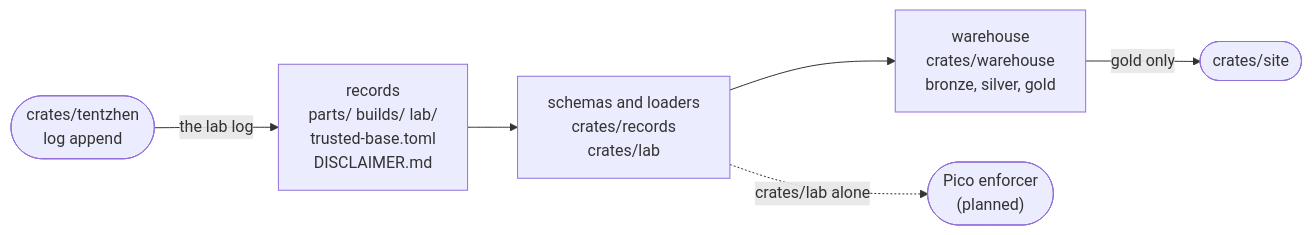
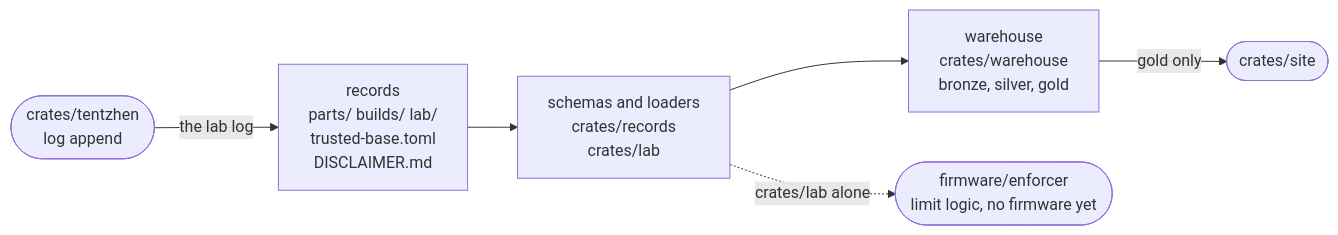
Before and after one commit to via-balaena/tentzhen: the diagram in docs/architecture.md, drawn with Mermaid. The commit also changed other lines of this file and 12 other files, not shown here.

First line of the commit message:
Enforcer: the supply's limit logic, checked with Kani (step 7) (#29)

````diff
--- a/docs/architecture.md
+++ b/docs/architecture.md
@@ -9,12 +9,12 @@
 ```mermaid
 flowchart LR
   records["records<br/>parts/ builds/ lab/<br/>trusted-base.toml<br/>DISCLAIMER.md"]
   schemas["schemas and loaders<br/>crates/records<br/>crates/lab"]
   warehouse["warehouse<br/>crates/warehouse<br/>bronze, silver, gold"]
   site(["crates/site"])
-  enforcer(["Pico enforcer<br/>(planned)"])
+  enforcer(["firmware/enforcer<br/>limit logic, no firmware yet"])
   host(["crates/tentzhen<br/>log append"])
   records --> schemas --> warehouse -- gold only --> site
   schemas -. crates/lab alone .-> enforcer
   host -- the lab log --> records
 ```
````
